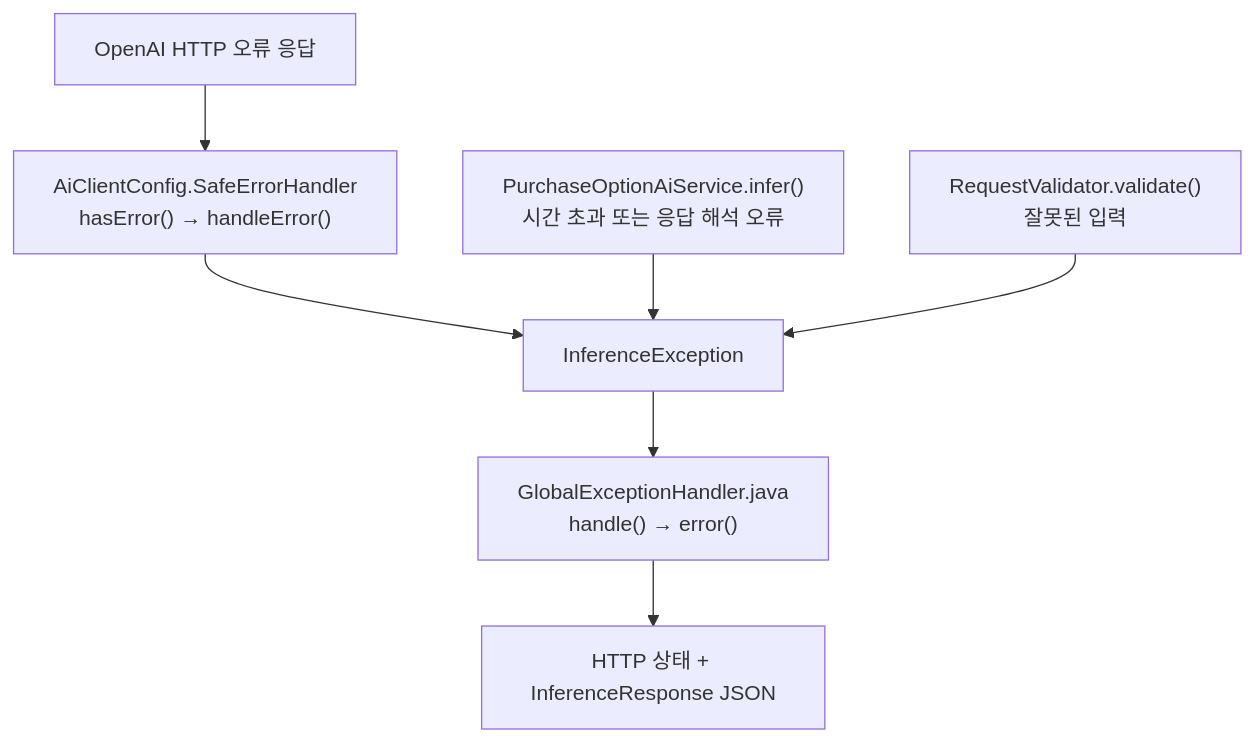
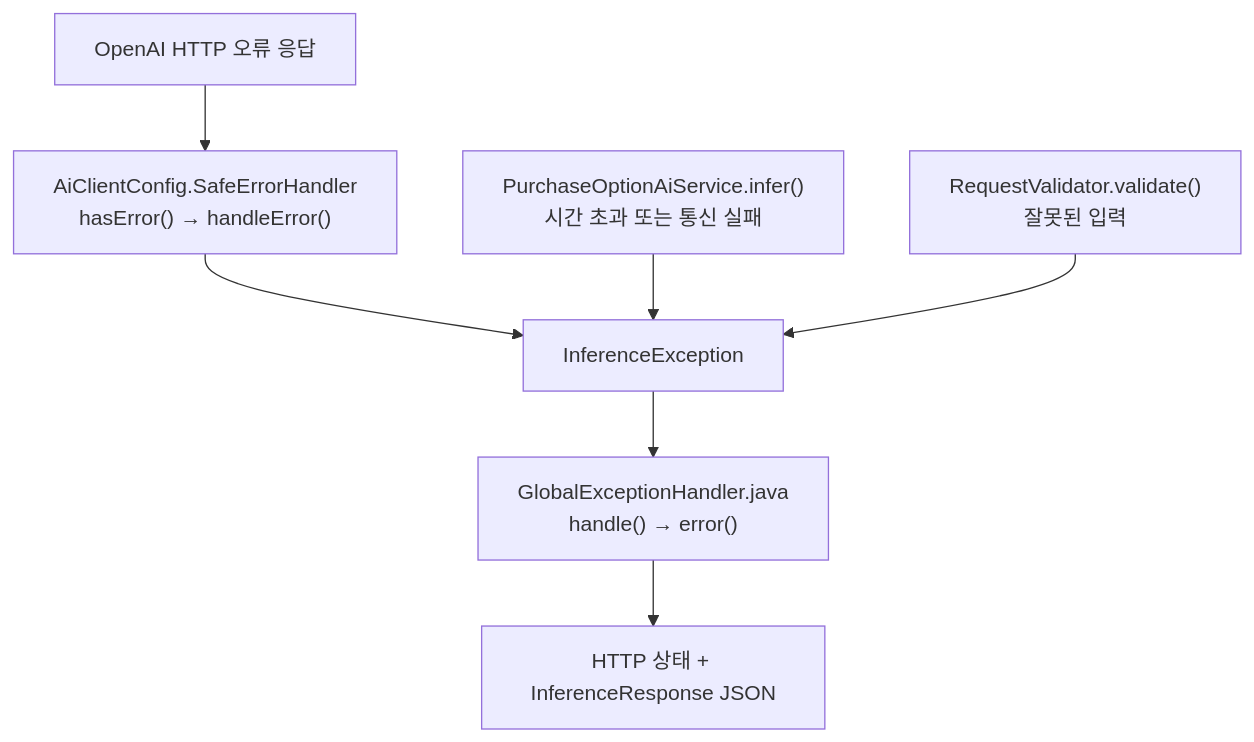
Before and after one commit to sosobox2-cyber/ai-agent-service: the fourth of 4 diagrams in docs/project-flow.md, drawn with Mermaid. The commit also changed other lines of this file and 33 other files, not shown here.

````diff
--- a/docs/project-flow.md
+++ b/docs/project-flow.md
@@ -411,9 +437,9 @@
 ```mermaid
 flowchart TD
     A["OpenAI HTTP 오류 응답"] --> B["AiClientConfig.SafeErrorHandler<br/>hasError() → handleError()"]
     B --> C["InferenceException"]
-    D["PurchaseOptionAiService.infer()<br/>시간 초과 또는 응답 해석 오류"] --> C
+    D["PurchaseOptionAiService.infer()<br/>시간 초과 또는 통신 실패"] --> C
     E["RequestValidator.validate()<br/>잘못된 입력"] --> C
     C --> F["GlobalExceptionHandler.java<br/>handle() → error()"]
     F --> G["HTTP 상태 + InferenceResponse JSON"]
 ```
````
